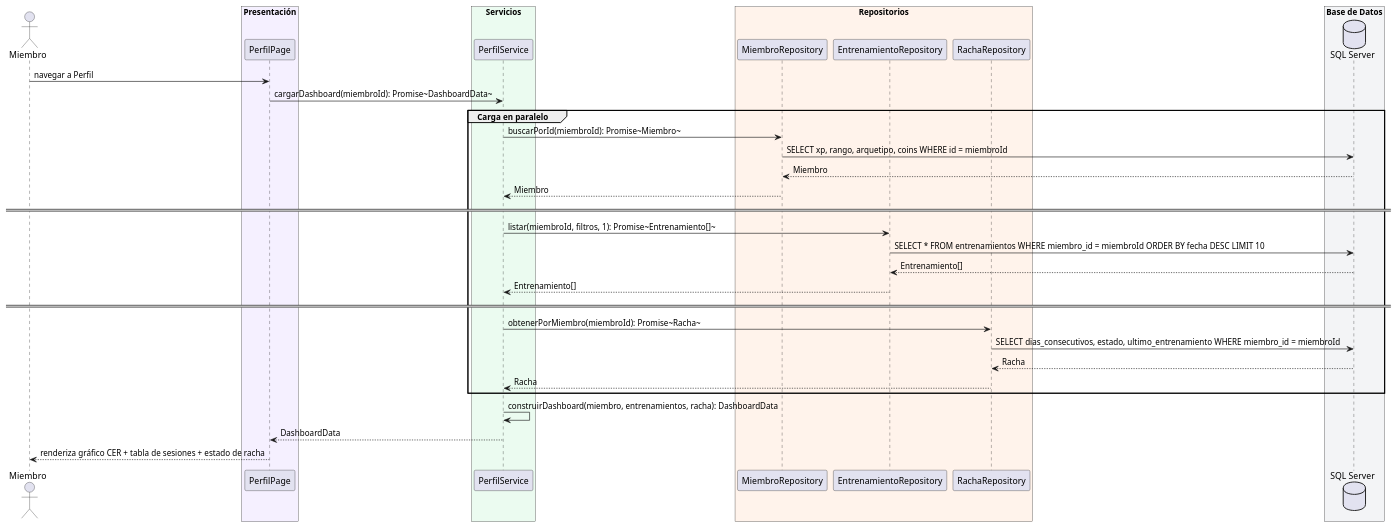
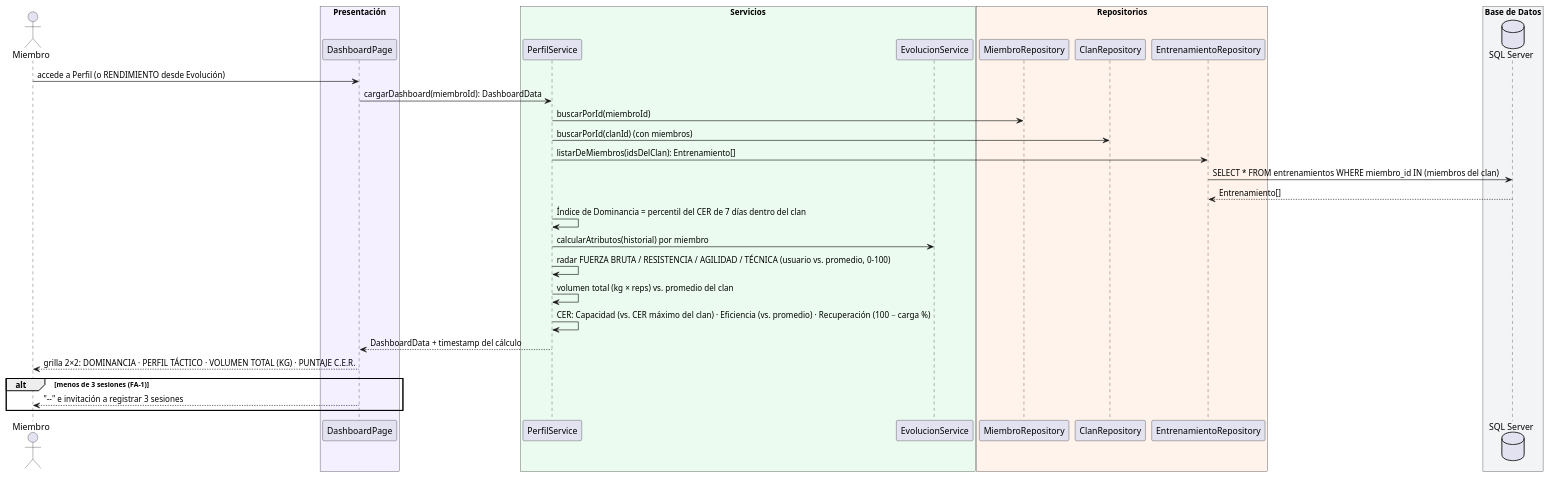
Before and after one commit to nicolassepulveda13/SAP: the first of 7 diagrams in silverback/docs/secuencias-cu005.md, drawn with PlantUML. The commit also changed other lines of this file and 82 other files, not shown here.

````diff
--- a/silverback/docs/secuencias-cu005.md
+++ b/silverback/docs/secuencias-cu005.md
@@ -15,49 +17,44 @@
 ```plantuml
 @startuml CU-005-001
 
 actor Miembro
 
 box "Presentación" #F5F0FF
-  participant "PerfilPage" as Page
+  participant "DashboardPage" as Page
 end box
 
 box "Servicios" #EBFBF0
   participant "PerfilService" as Svc
+  participant "EvolucionService" as Evo
 end box
 
 box "Repositorios" #FFF3EB
   participant "MiembroRepository" as MiembroRepo
-  participant "EntrenamientoRepository" as EntreRepo
-  participant "RachaRepository" as RachaRepo
+  participant "ClanRepository" as ClanRepo
+  participant "EntrenamientoRepository" as EntRepo
 end box
 
 box "Base de Datos" #F3F4F6
   database "SQL Server" as DB
 end box
 
-Miembro -> Page: navegar a Perfil
-Page -> Svc: cargarDashboard(miembroId): Promise~DashboardData~
-
-group Carga en paralelo
-    Svc -> MiembroRepo: buscarPorId(miembroId): Promise~Miembro~
-    MiembroRepo -> DB: SELECT xp, rango, arquetipo, coins WHERE id = miembroId
-    DB --> MiembroRepo: Miembro
-    MiembroRepo --> Svc: Miembro
-== ==
-    Svc -> EntreRepo: listar(miembroId, filtros, 1): Promise~Entrenamiento[]~
-    EntreRepo -> DB: SELECT * FROM entrenamientos WHERE miembro_id = miembroId ORDER BY fecha DESC LIMIT 10
-    DB --> EntreRepo: Entrenamiento[]
-    EntreRepo --> Svc: Entrenamiento[]
-== ==
-    Svc -> RachaRepo: obtenerPorMiembro(miembroId): Promise~Racha~
-    RachaRepo -> DB: SELECT dias_consecutivos, estado, ultimo_entrenamiento WHERE miembro_id = miembroId
-    DB --> RachaRepo: Racha
-    RachaRepo --> Svc: Racha
+Miembro -> Page: accede a Perfil (o RENDIMIENTO desde Evolución)
+Page -> Svc: cargarDashboard(miembroId): DashboardData
+Svc -> MiembroRepo: buscarPorId(miembroId)
+Svc -> ClanRepo: buscarPorId(clanId) (con miembros)
+Svc -> EntRepo: listarDeMiembros(idsDelClan): Entrenamiento[]
+EntRepo -> DB: SELECT * FROM entrenamientos WHERE miembro_id IN (miembros del clan)
+DB --> EntRepo: Entrenamiento[]
+Svc -> Svc: Índice de Dominancia = percentil del CER de 7 días dentro del clan
+Svc -> Evo: calcularAtributos(historial) por miembro
+Svc -> Svc: radar FUERZA BRUTA / RESISTENCIA / AGILIDAD / TÉCNICA (usuario vs. promedio, 0–100)
+Svc -> Svc: volumen total (kg × reps) vs. promedio del clan
+Svc -> Svc: CER: Capacidad (vs. CER máximo del clan) · Eficiencia (vs. promedio) · Recuperación (100 − carga %)
+Svc --> Page: DashboardData + timestamp del cálculo
+Page --> Miembro: grilla 2×2: DOMINANCIA · PERFIL TÁCTICO · VOLUMEN TOTAL (KG) · PUNTAJE C.E.R.
+alt menos de 3 sesiones (FA-1)
+    Page --> Miembro: "--" e invitación a registrar 3 sesiones
 end
-
-Svc -> Svc: construirDashboard(miembro, entrenamientos, racha): DashboardData
-Svc --> Page: DashboardData
-Page --> Miembro: renderiza gráfico CER + tabla de sesiones + estado de racha
 
 @enduml
 ```
````
